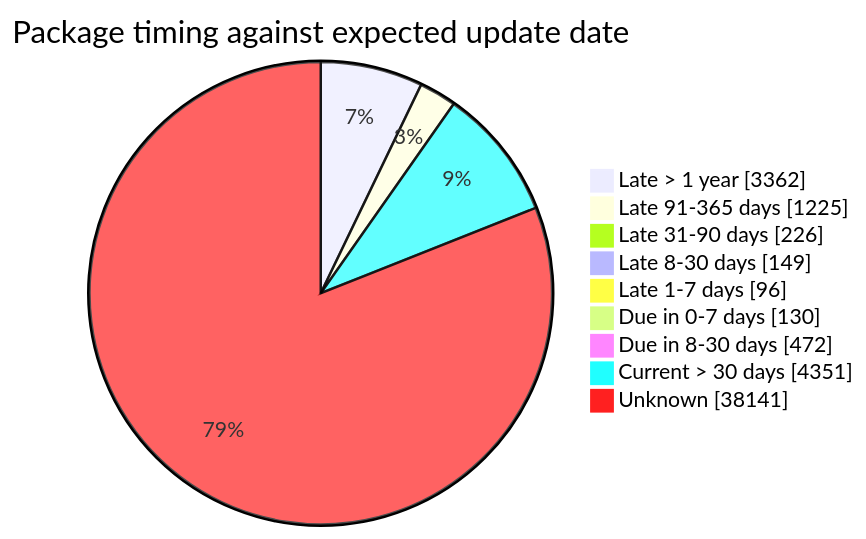
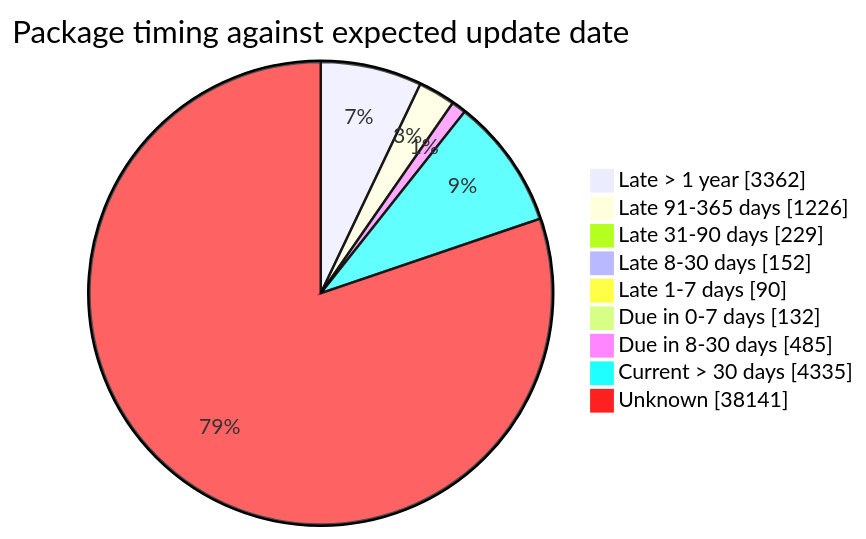
One commit to open-data/analytics-corporate-reporting changed the fourth of 5 diagrams in FreshCheck/README.md. Above: the diagram before and after it, drawn with Mermaid. The commit also changed other lines of this file and 3 other files, not shown here.

````diff
--- a/FreshCheck/README.md
+++ b/FreshCheck/README.md
@@ -86,12 +86,12 @@
 ```mermaid
 pie showData title Package timing against expected update date
     "Late > 1 year": 3362
-    "Late 91-365 days": 1225
-    "Late 31-90 days": 226
-    "Late 8-30 days": 149
-    "Late 1-7 days": 96
-    "Due in 0-7 days": 130
-    "Due in 8-30 days": 472
-    "Current > 30 days": 4351
+    "Late 91-365 days": 1226
+    "Late 31-90 days": 229
+    "Late 8-30 days": 152
+    "Late 1-7 days": 90
+    "Due in 0-7 days": 132
+    "Due in 8-30 days": 485
+    "Current > 30 days": 4335
     "Unknown": 38141
 ```
````
